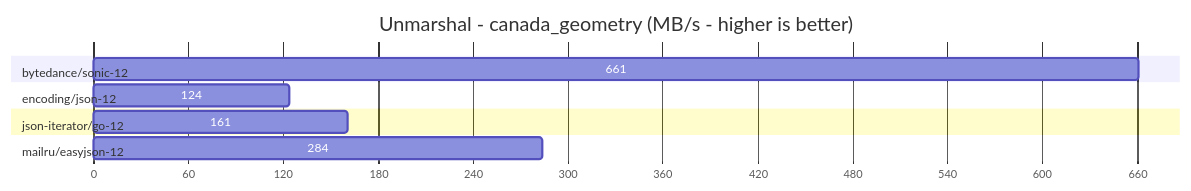
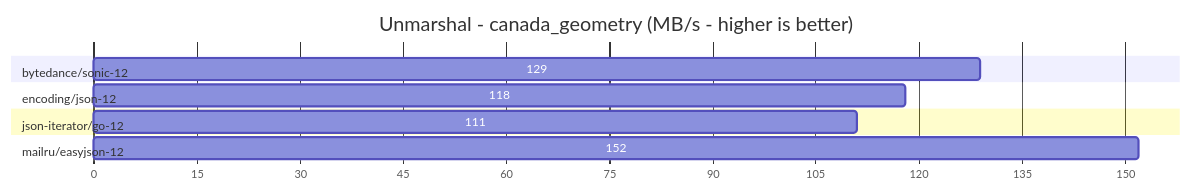
Before and after one commit to compashka/json-benchmarks: the seventh of 12 diagrams in README.md, drawn with Mermaid. The commit also changed other lines of this file and 23 other files, not shown here.

````diff
--- a/README.md
+++ b/README.md
@@ -107,15 +117,15 @@
 ```mermaid
 gantt
 title Unmarshal - canada_geometry (MB/s - higher is better)
 dateFormat X
 axisFormat %s
 
 section bytedance/sonic-12     
-661 :0, 661
+129:0,129
 section encoding/json-12       
-124 :0, 124
+118:0,118
 section json-iterator/go-12    
-161 :0, 161
+111:0,111
 section mailru/easyjson-12     
-284 :0, 284
+152:0,152
 ```
````
